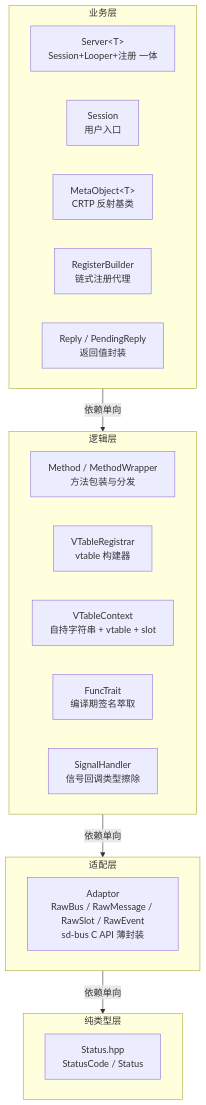
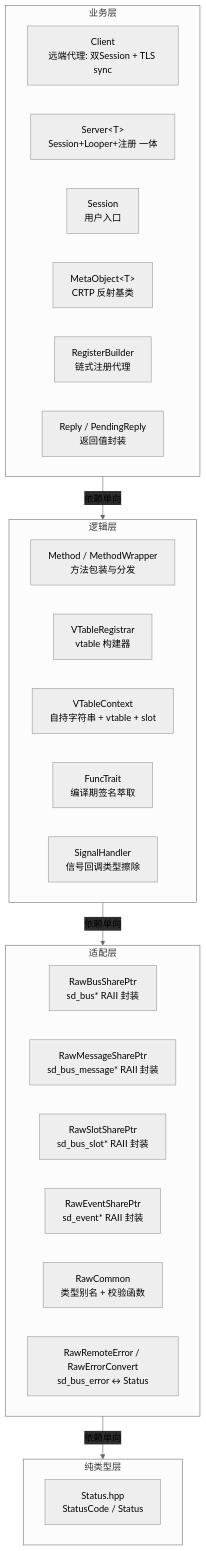
Before and after one commit to soul-science/dbusxx: the first of 2 diagrams in plan.md, drawn with Mermaid. The commit also changed other lines of this file and 8 other files, not shown here.

````diff
--- a/plan.md
+++ b/plan.md
@@ -144,30 +149,37 @@
 ```mermaid
+%%{init: {'theme': 'neutral', 'themeVariables': { 'edgeLabelBackground':'#2d2d2d' }}}%%
 graph TD
     subgraph 业务层["业务层"]
+        Client["Client<br/>远端代理: 双Session + TLS sync"]
         Server["Server&lt;T&gt;<br/>Session+Looper+注册 一体"]
         Session["Session<br/>用户入口"]
         MetaObject["MetaObject&lt;T&gt;<br/>CRTP 反射基类"]
         RegisterBuilder["RegisterBuilder<br/>链式注册代理"]
         Reply["Reply / PendingReply<br/>返回值封装"]
     end
 
     subgraph 逻辑层["逻辑层"]
         Method["Method / MethodWrapper<br/>方法包装与分发"]
         VTableRegistrar["VTableRegistrar<br/>vtable 构建器"]
         VTableContext["VTableContext<br/>自持字符串 + vtable + slot"]
         FuncTrait["FuncTrait<br/>编译期签名萃取"]
         SignalHandler["SignalHandler<br/>信号回调类型擦除"]
     end
 
     subgraph 适配层["适配层"]
-        Adaptor["Adaptor<br/>RawBus / RawMessage / RawSlot / RawEvent<br/>sd-bus C API 薄封装"]
+        RawBus["RawBusSharePtr<br/>sd_bus* RAII 封装"]
+        RawMsg["RawMessageSharePtr<br/>sd_bus_message* RAII 封装"]
+        RawSlot["RawSlotSharePtr<br/>sd_bus_slot* RAII 封装"]
+        RawEvent["RawEventSharePtr<br/>sd_event* RAII 封装"]
+        RawCommon["RawCommon<br/>类型别名 + 校验函数"]
+        RawError["RawRemoteError / RawErrorConvert<br/>sd_bus_error ↔ Status"]
     end
 
     subgraph 纯类型层["纯类型层"]
         Status["Status.hpp<br/>StatusCode / Status"]
     end
 
     业务层 -->|依赖单向| 逻辑层
     逻辑层 -->|依赖单向| 适配层
     适配层 -->|依赖单向| 纯类型层
 ```
````
